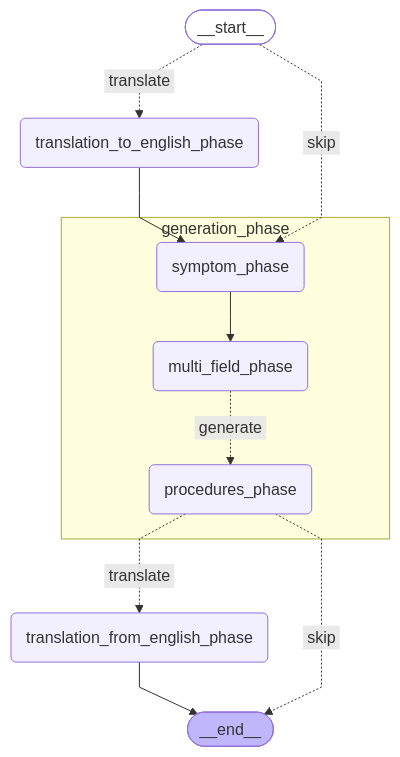
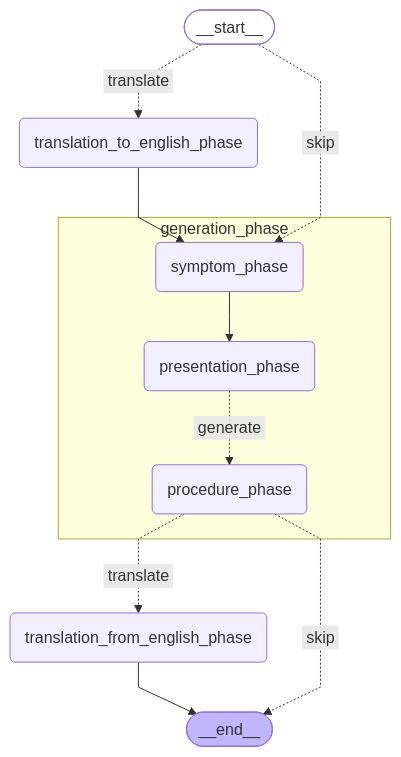
One commit to janthoXO/AetioMed changed the diagram in docs/case-graph-overview.mmd. Above: the diagram before and after it, drawn with Mermaid. The commit also changed 45 other files, not shown here.

```diff
--- a/docs/case-graph-overview.mmd
+++ b/docs/case-graph-overview.mmd
@@ -1,22 +1,22 @@
 %%{init: {'flowchart': {'curve': 'linear'}}}%%
 graph TD;
 	__start__([<p>__start__</p>]):::first
+	translation_to_english_phase(translation_to_english_phase)
 	generation_phase_symptom_phase(symptom_phase)
-	generation_phase_multi_field_phase(multi_field_phase)
-	generation_phase_procedures_phase(procedures_phase)
+	generation_phase_presentation_phase(presentation_phase)
+	generation_phase_procedure_phase(procedure_phase)
 	__end__([<p>__end__</p>]):::last
-	translation_to_english_phase(translation_to_english_phase)
 	translation_from_english_phase(translation_from_english_phase)
 	translation_from_english_phase --> __end__;
 	translation_to_english_phase --> generation_phase_symptom_phase;
 	__start__ -. &nbsp;translate&nbsp; .-> translation_to_english_phase;
 	__start__ -. &nbsp;skip&nbsp; .-> generation_phase_symptom_phase;
-	generation_phase_procedures_phase -. &nbsp;translate&nbsp; .-> translation_from_english_phase;
-	generation_phase_procedures_phase -. &nbsp;skip&nbsp; .-> __end__;
+	generation_phase_procedure_phase -. &nbsp;translate&nbsp; .-> translation_from_english_phase;
+	generation_phase_procedure_phase -. &nbsp;skip&nbsp; .-> __end__;
 	subgraph generation_phase
-	generation_phase_symptom_phase --> generation_phase_multi_field_phase;
-	generation_phase_multi_field_phase -. &nbsp;generate&nbsp; .-> generation_phase_procedures_phase;
+	generation_phase_symptom_phase --> generation_phase_presentation_phase;
+	generation_phase_presentation_phase -. &nbsp;generate&nbsp; .-> generation_phase_procedure_phase;
 	end
 	classDef default fill:#f2f0ff,line-height:1.2;
 	classDef first fill-opacity:0;
 	classDef last fill:#bfb6fc;
```
